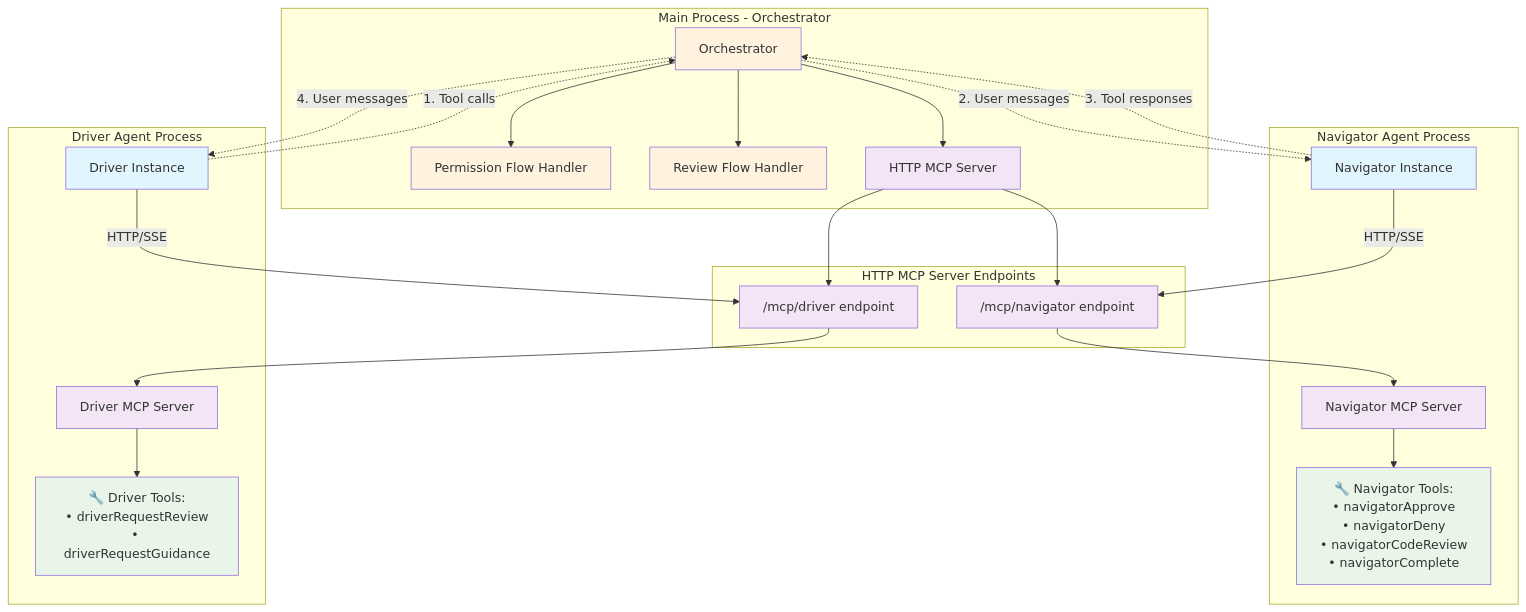
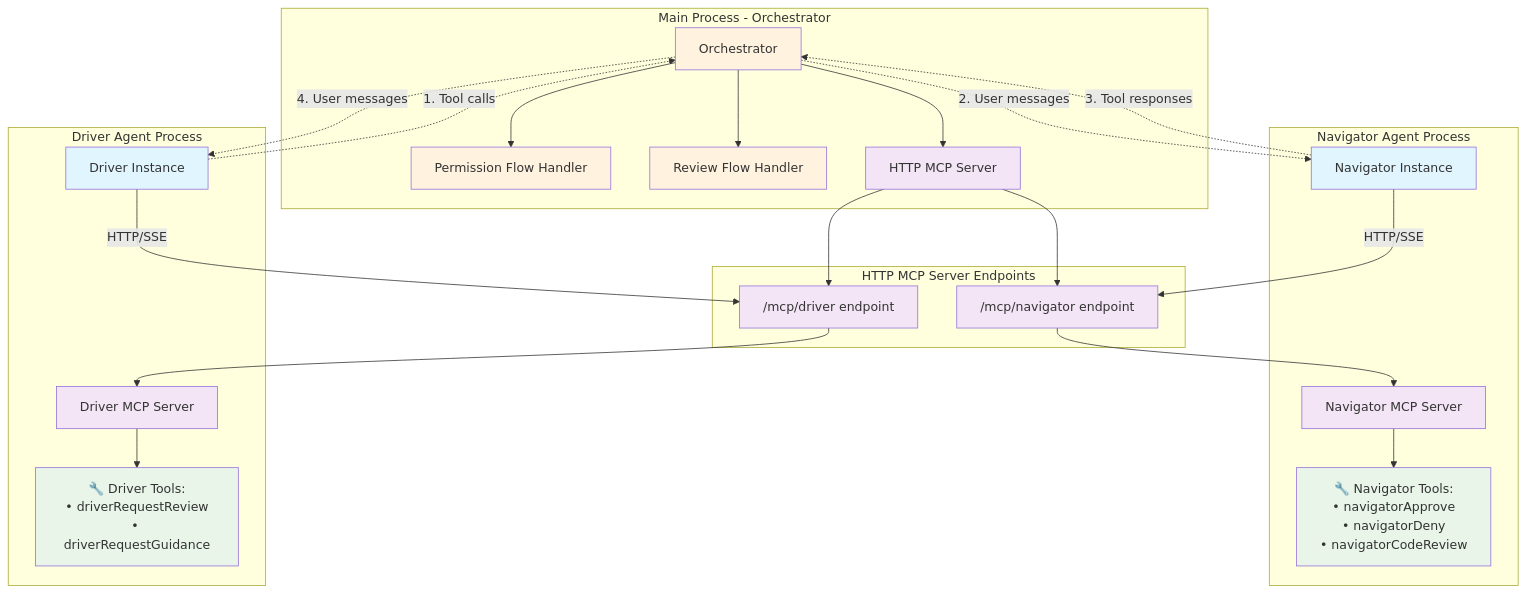
The first of 4 diagrams in ARCHITECTURE.md (yoavf/pair), drawn with Mermaid before and after one commit. The commit also changed 48 other files, not shown here.

````diff
--- a/ARCHITECTURE.md
+++ b/ARCHITECTURE.md
@@ -9,45 +9,45 @@
 ```mermaid
 graph TB
     subgraph "Main Process - Orchestrator"
         O[Orchestrator]
         O --> PF[Permission Flow Handler]
         O --> RF[Review Flow Handler]
         O --> HTTP[HTTP MCP Server]
     end
 
     subgraph "HTTP MCP Server Endpoints"
         HTTP --> N_EP["/mcp/navigator endpoint"]
         HTTP --> D_EP["/mcp/driver endpoint"]
     end
 
     subgraph "Navigator Agent Process"
         N[Navigator Instance]
         N -->|HTTP/SSE| N_EP
         N_EP --> N_SERVER[Navigator MCP Server]
-        N_SERVER --> N_TOOLS["🔧 Navigator Tools:<br/>• navigatorApprove<br/>• navigatorDeny<br/>• navigatorCodeReview<br/>• navigatorComplete"]
+        N_SERVER --> N_TOOLS["🔧 Navigator Tools:<br/>• navigatorApprove<br/>• navigatorDeny<br/>• navigatorCodeReview"]
     end
 
     subgraph "Driver Agent Process"
         D[Driver Instance]
         D -->|HTTP/SSE| D_EP
         D_EP --> D_SERVER[Driver MCP Server]
         D_SERVER --> D_TOOLS["🔧 Driver Tools:<br/>• driverRequestReview<br/>• driverRequestGuidance"]
     end
 
     %% Flow connections
     D -.->|"1. Tool calls"| O
     O -.->|"2. User messages"| N
     N -.->|"3. Tool responses"| O
     O -.->|"4. User messages"| D
 
     %% Styling
     classDef agent fill:#e1f5fe
     classDef orchestrator fill:#fff3e0
     classDef mcp fill:#f3e5f5
     classDef tools fill:#e8f5e8
 
     class N,D agent
     class O,PF,RF orchestrator
     class HTTP,N_EP,D_EP,N_SERVER,D_SERVER mcp
     class N_TOOLS,D_TOOLS tools
 ```
````
